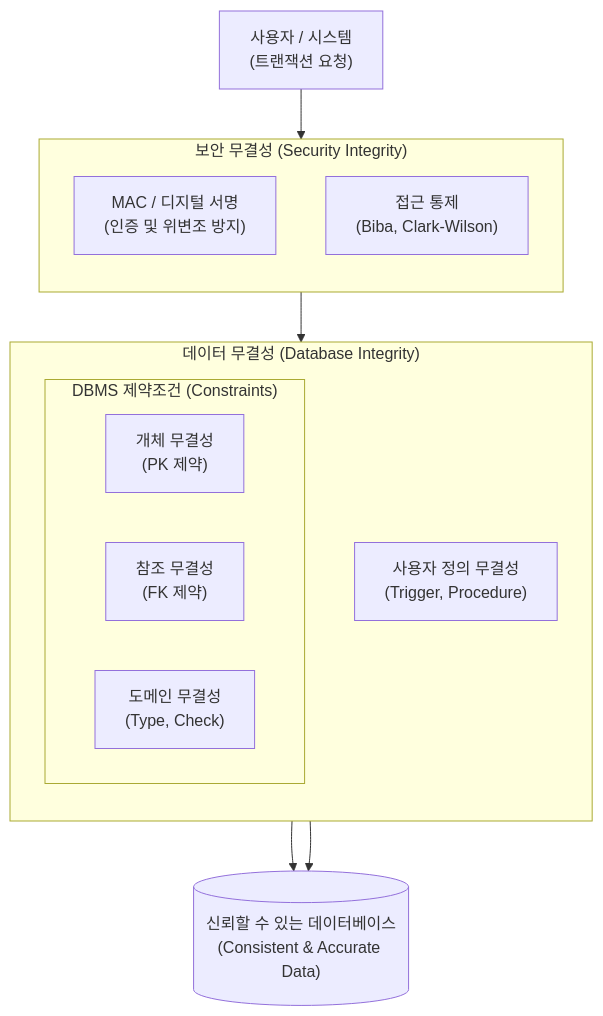
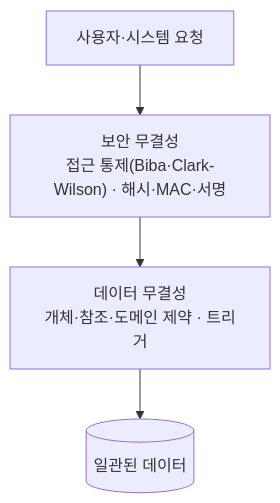
The diagram in content/01_IT Tech/무결성.md (supremethumb/supremethumb.github.io), drawn with Mermaid before and after one commit. The commit also changed other lines of this file and 1087 other files, not shown here.

````diff
--- a/content/01_IT Tech/무결성.md
+++ b/content/01_IT Tech/무결성.md
@@ -27,28 +34,6 @@
 ```mermaid
 flowchart TB
-    User["사용자 / 시스템<br/>(트랜잭션 요청)"]
-    
-    subgraph Security_Integrity["보안 무결성 (Security Integrity)"]
-        direction TB
-        MAC["MAC / 디지털 서명<br/>(인증 및 위변조 방지)"]
-        AccessControl["접근 통제<br/>(Biba, Clark-Wilson)"]
-    end
-    
-    subgraph Data_Integrity["데이터 무결성 (Database Integrity)"]
-        direction TB
-        subgraph Constraints["DBMS 제약조건 (Constraints)"]
-            Entity["개체 무결성<br/>(PK 제약)"]
-            Ref["참조 무결성<br/>(FK 제약)"]
-            Domain["도메인 무결성<br/>(Type, Check)"]
-        end
-        Trigger["사용자 정의 무결성<br/>(Trigger, Procedure)"]
-    end
-    
-    Storage[("신뢰할 수 있는 데이터베이스<br/>(Consistent & Accurate Data)")]
-
-    User --> Security_Integrity
-    Security_Integrity --> Data_Integrity
-    Constraints --> Storage
-    Trigger --> Storage
-
+    U["사용자·시스템 요청"] --> S["보안 무결성<br/>접근 통제(Biba·Clark-Wilson) · 해시·MAC·서명"]
+    S --> D["데이터 무결성<br/>개체·참조·도메인 제약 · 트리거"]
+    D --> DB[("일관된 데이터")]
 ```
````
